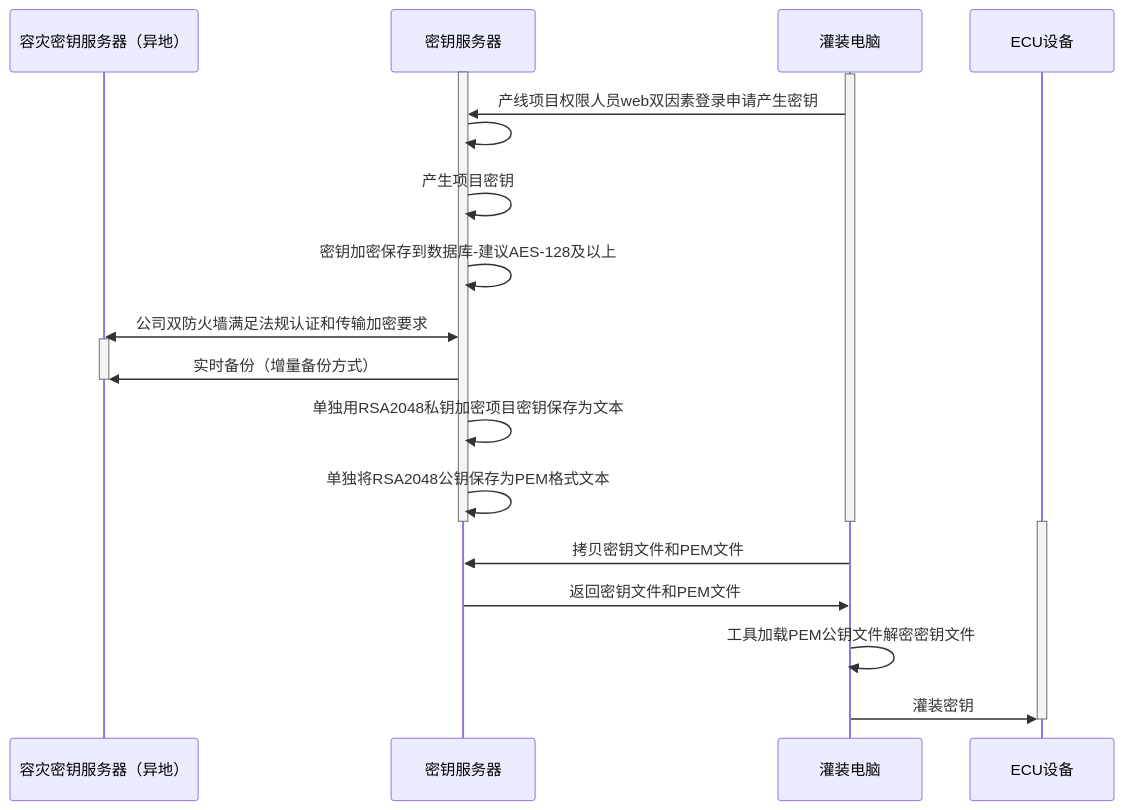
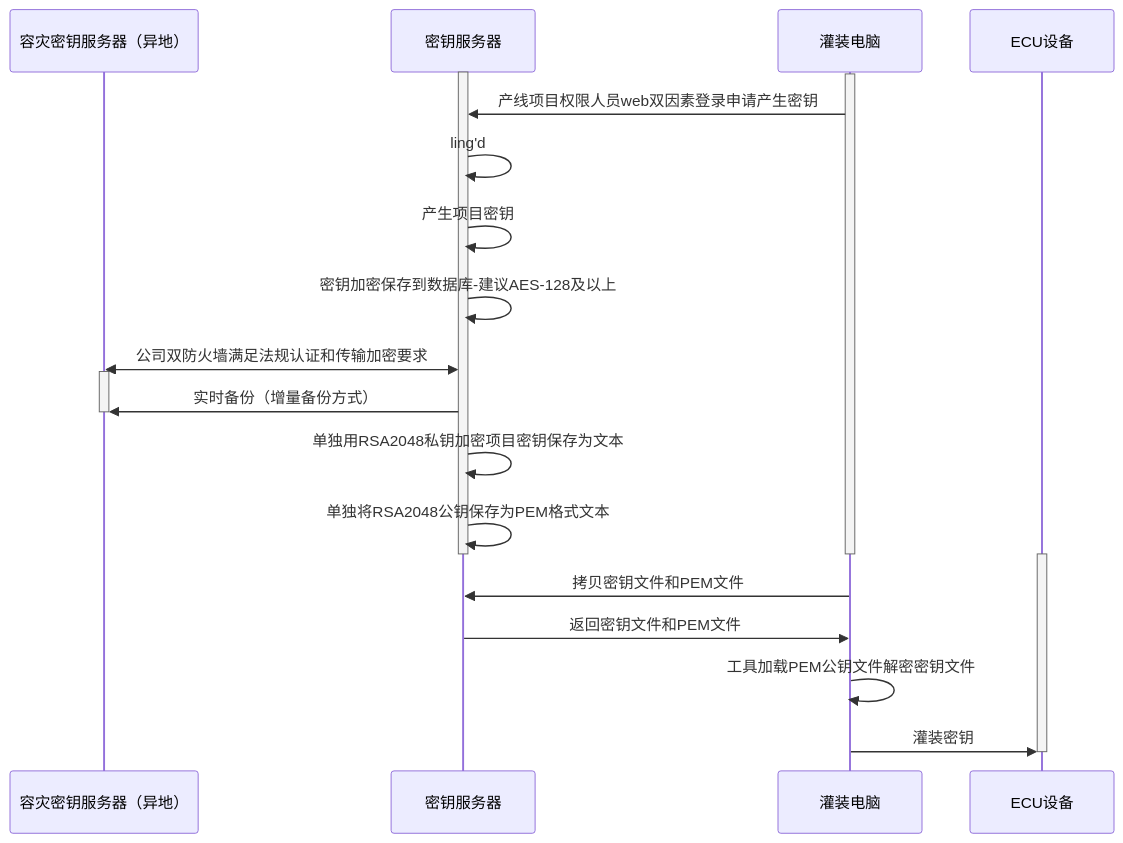
One commit to facebook-cloud/iodraw-files changed the diagram in all/未命名-15.md. Above: the diagram before and after it, drawn with Mermaid.

Commit message:
2026-02-11 19:27:25 update

````diff
--- a/all/未命名-15.md
+++ b/all/未命名-15.md
@@ -1,31 +1,31 @@
 ```mermaid
 sequenceDiagram
     participant A as 容灾密钥服务器（异地）
     participant B as 密钥服务器
     participant D as 灌装电脑
     participant E as ECU设备
 
     activate B
     activate D
     D->>B: 产线项目权限人员web双因素登录申请产生密钥
-    B->>B: 
+    B->>B: ling'd
     B->>B: 产生项目密钥
     B->>B: 密钥加密保存到数据库-建议AES-128及以上
     A<<->>B: 公司双防火墙满足法规认证和传输加密要求
 
     activate A
     B->>A: 实时备份（增量备份方式）
     deactivate A
     B->>B: 单独用RSA2048私钥加密项目密钥保存为文本
     B->>B: 单独将RSA2048公钥保存为PEM格式文本
     deactivate B
     deactivate D
 
     activate E
     D->>B: 拷贝密钥文件和PEM文件
     B->>D: 返回密钥文件和PEM文件
     D->>D:工具加载PEM公钥文件解密密钥文件
     D->>E: 灌装密钥
     deactivate E
 
 ```
````
